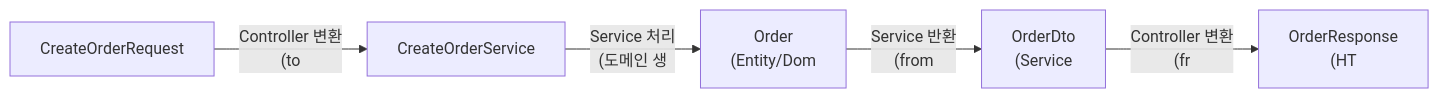
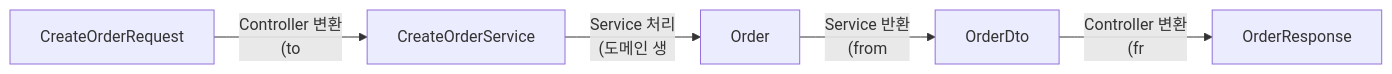
The third of 3 diagrams in _posts/architecture/2026-05-01-layered.md (yjkim2015/yjkim2015.github.io), drawn with Mermaid before and after one commit. The commit also changed other lines of this file and 217 other files, not shown here.

First line of the commit message:
Mermaid 크기 수정: useMaxWidth:true + SVG max-width:100% + 라벨 축소

````diff
--- a/_posts/architecture/2026-05-01-layered.md
+++ b/_posts/architecture/2026-05-01-layered.md
@@ -302,12 +302,12 @@
 ```mermaid
 graph LR
     REQ["CreateOrderRequest"]
     SVC_IN["CreateOrderService"]
-    ENT["Order\n(Entity/Dom"]
-    SVC_OUT["OrderDto\n(Service"]
-    RES["OrderResponse\n(HT"]
+    ENT["Order"]
+    SVC_OUT["OrderDto"]
+    RES["OrderResponse"]
     REQ -->|"Controller 변환\n(to"| SVC_IN
     SVC_IN -->|"Service 처리\n(도메인 생"| ENT
     ENT -->|"Service 반환\n(from"| SVC_OUT
     SVC_OUT -->|"Controller 변환\n(fr"| RES
 ```
````
